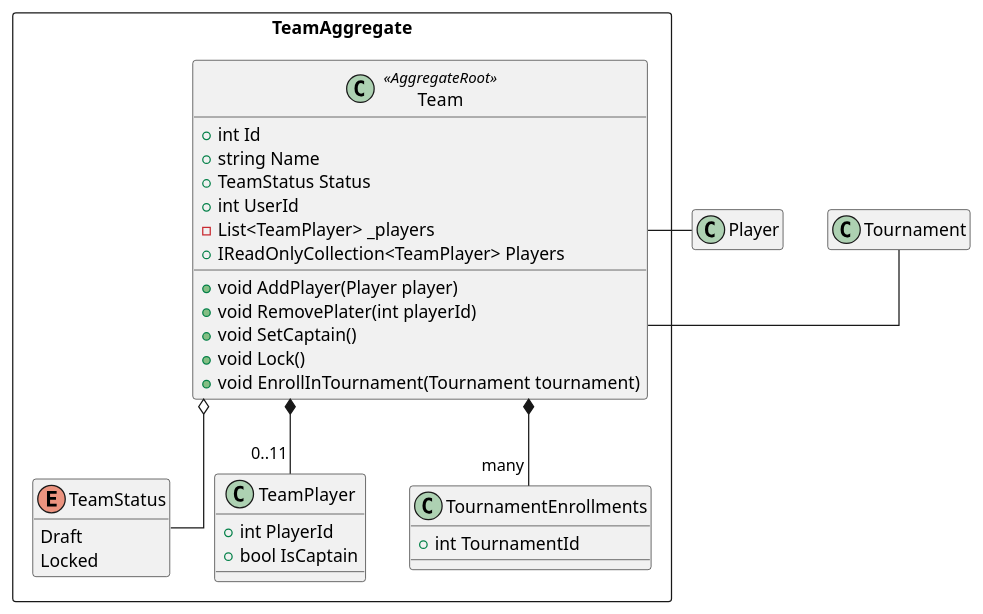
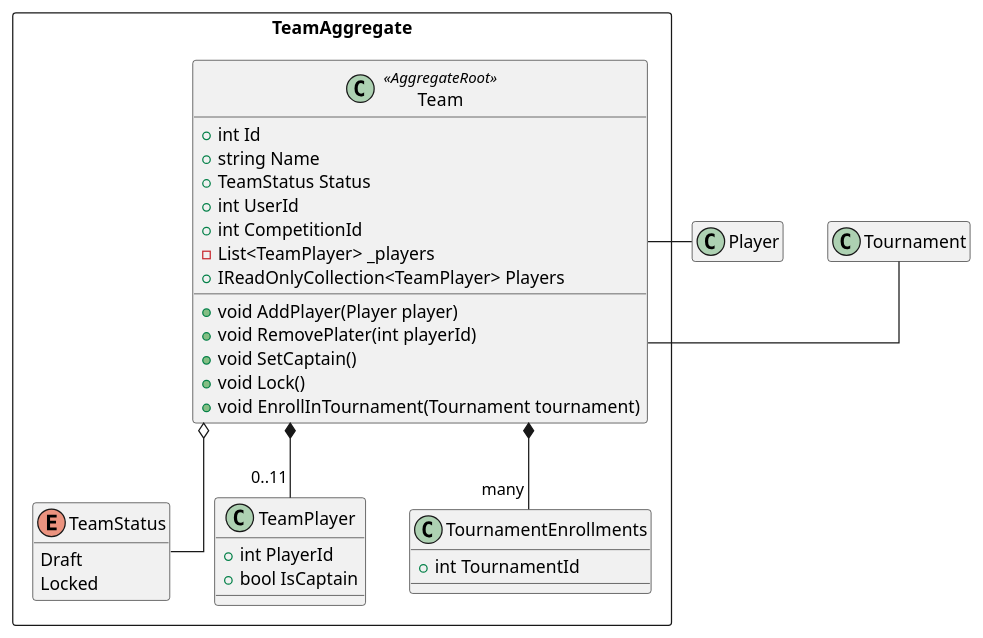
One commit to JKMN-Projects/TeamTactics changed the diagram in docs/Class Diagrams/Domain/Team.puml. Above: the diagram before and after it, drawn with PlantUML. The commit also changed 16 other files, not shown here.

```diff
--- a/docs/Class Diagrams/Domain/Team.puml
+++ b/docs/Class Diagrams/Domain/Team.puml
@@ -1,45 +1,46 @@
 @startuml Team
 hide enum methods
 skinparam Linetype Ortho
 
 package TeamAggregate <<Rectangle>> {
     class Team <<AggregateRoot>> {
         +int Id
         +string Name
         +TeamStatus Status
         +int UserId
+        +int CompetitionId
         -List<TeamPlayer> _players
         +IReadOnlyCollection<TeamPlayer> Players
 
         +void AddPlayer(Player player)
         +void RemovePlater(int playerId)
         +void SetCaptain()
         +void Lock()
         +void EnrollInTournament(Tournament tournament)
     }
 
     enum TeamStatus {
         Draft
         Locked
     }
 
     class TeamPlayer {
         +int PlayerId 
         +bool IsCaptain   
     }
 
     class TournamentEnrollments {
         +int TournamentId
     }
 
     Team o-- TeamStatus
     Team *-- "0..11" TeamPlayer
     Team *-- "many" TournamentEnrollments
 }
 
 Team - Player
 Team - Tournament
 
 hide Player members
 hide Tournament members
 @enduml 
```
